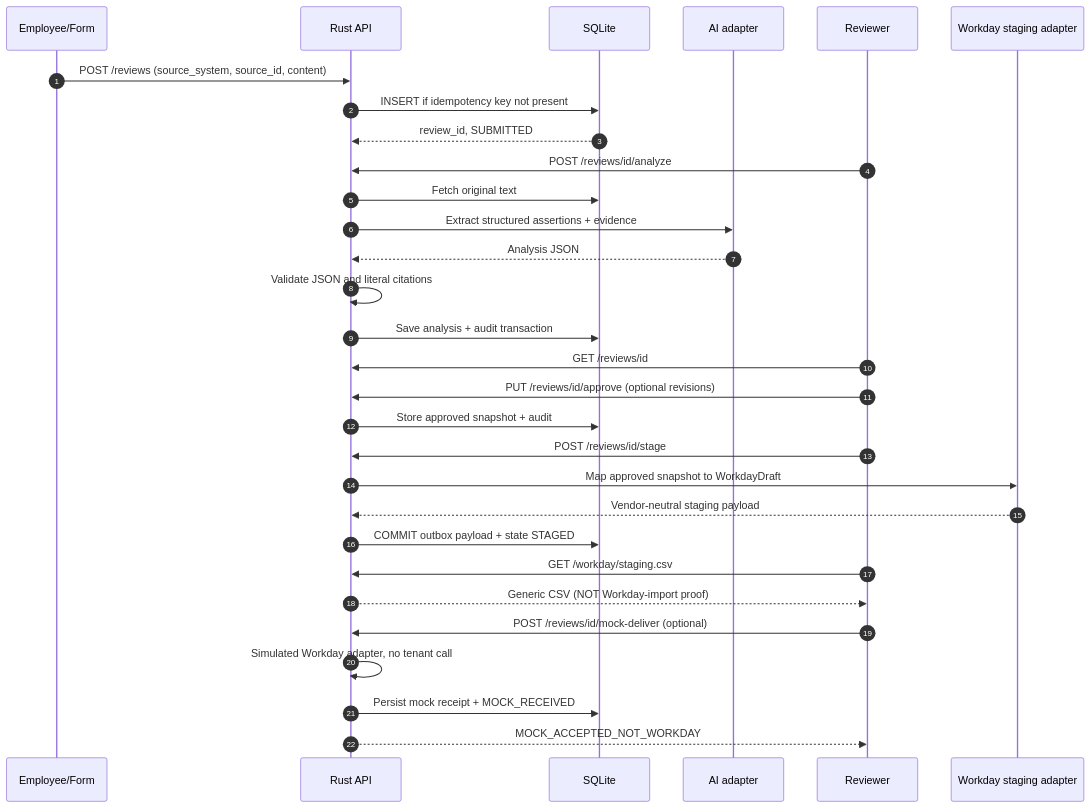
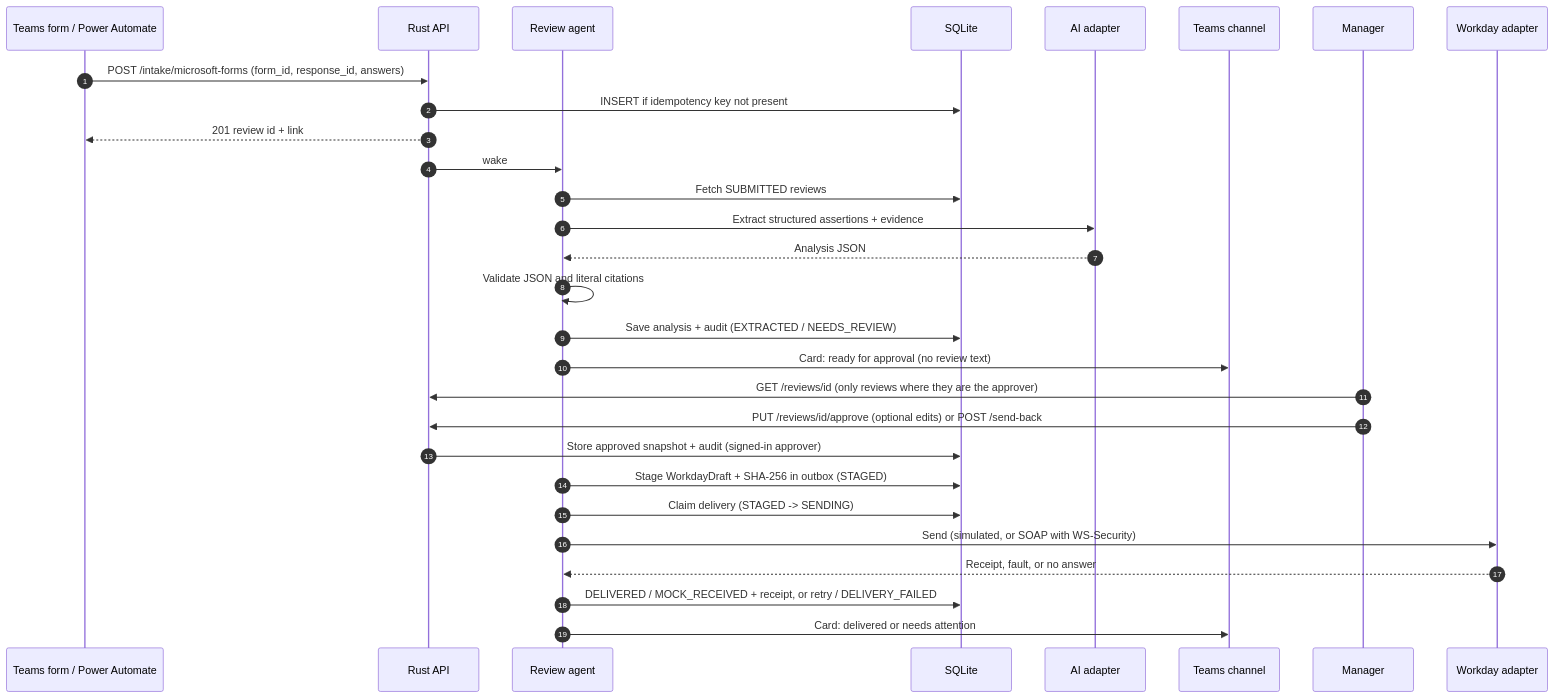
One commit to vas1916/reviewflow-rust-poc changed the fourth of 5 diagrams in docs/ARCHITECTURE.md. Above: the diagram before and after it, drawn with Mermaid. The commit also changed other lines of this file and 39 other files, not shown here.

First line of the commit message:
Add Teams intake, review agent, Entra sign-in and Workday SOAP adapter

````diff
--- a/docs/ARCHITECTURE.md
+++ b/docs/ARCHITECTURE.md
@@ -140,32 +170,31 @@
 ```mermaid
 sequenceDiagram
   autonumber
-  participant E as Employee/Form
+  participant E as Teams form / Power Automate
   participant R as Rust API
+  participant G as Review agent
   participant D as SQLite
   participant A as AI adapter
-  participant H as Reviewer
-  participant W as Workday staging adapter
-  E->>R: POST /reviews (source_system, source_id, content)
+  participant T as Teams channel
+  participant H as Manager
+  participant W as Workday adapter
+  E->>R: POST /intake/microsoft-forms (form_id, response_id, answers)
   R->>D: INSERT if idempotency key not present
-  D-->>R: review_id, SUBMITTED
-  H->>R: POST /reviews/id/analyze
-  R->>D: Fetch original text
-  R->>A: Extract structured assertions + evidence
-  A-->>R: Analysis JSON
-  R->>R: Validate JSON and literal citations
-  R->>D: Save analysis + audit transaction
-  H->>R: GET /reviews/id
-  H->>R: PUT /reviews/id/approve (optional revisions)
-  R->>D: Store approved snapshot + audit
-  H->>R: POST /reviews/id/stage
-  R->>W: Map approved snapshot to WorkdayDraft
-  W-->>R: Vendor-neutral staging payload
-  R->>D: COMMIT outbox payload + state STAGED
-  H->>R: GET /workday/staging.csv
-  R-->>H: Generic CSV (NOT Workday-import proof)
-  H->>R: POST /reviews/id/mock-deliver (optional)
-  R->>R: Simulated Workday adapter, no tenant call
-  R->>D: Persist mock receipt + MOCK_RECEIVED
-  R-->>H: MOCK_ACCEPTED_NOT_WORKDAY
+  R-->>E: 201 review id + link
+  R->>G: wake
+  G->>D: Fetch SUBMITTED reviews
+  G->>A: Extract structured assertions + evidence
+  A-->>G: Analysis JSON
+  G->>G: Validate JSON and literal citations
+  G->>D: Save analysis + audit (EXTRACTED / NEEDS_REVIEW)
+  G->>T: Card: ready for approval (no review text)
+  H->>R: GET /reviews/id (only reviews where they are the approver)
+  H->>R: PUT /reviews/id/approve (optional edits) or POST /send-back
+  R->>D: Store approved snapshot + audit (signed-in approver)
+  G->>D: Stage WorkdayDraft + SHA-256 in outbox (STAGED)
+  G->>D: Claim delivery (STAGED -> SENDING)
+  G->>W: Send (simulated, or SOAP with WS-Security)
+  W-->>G: Receipt, fault, or no answer
+  G->>D: DELIVERED / MOCK_RECEIVED + receipt, or retry / DELIVERY_FAILED
+  G->>T: Card: delivered or needs attention
 ```
````
